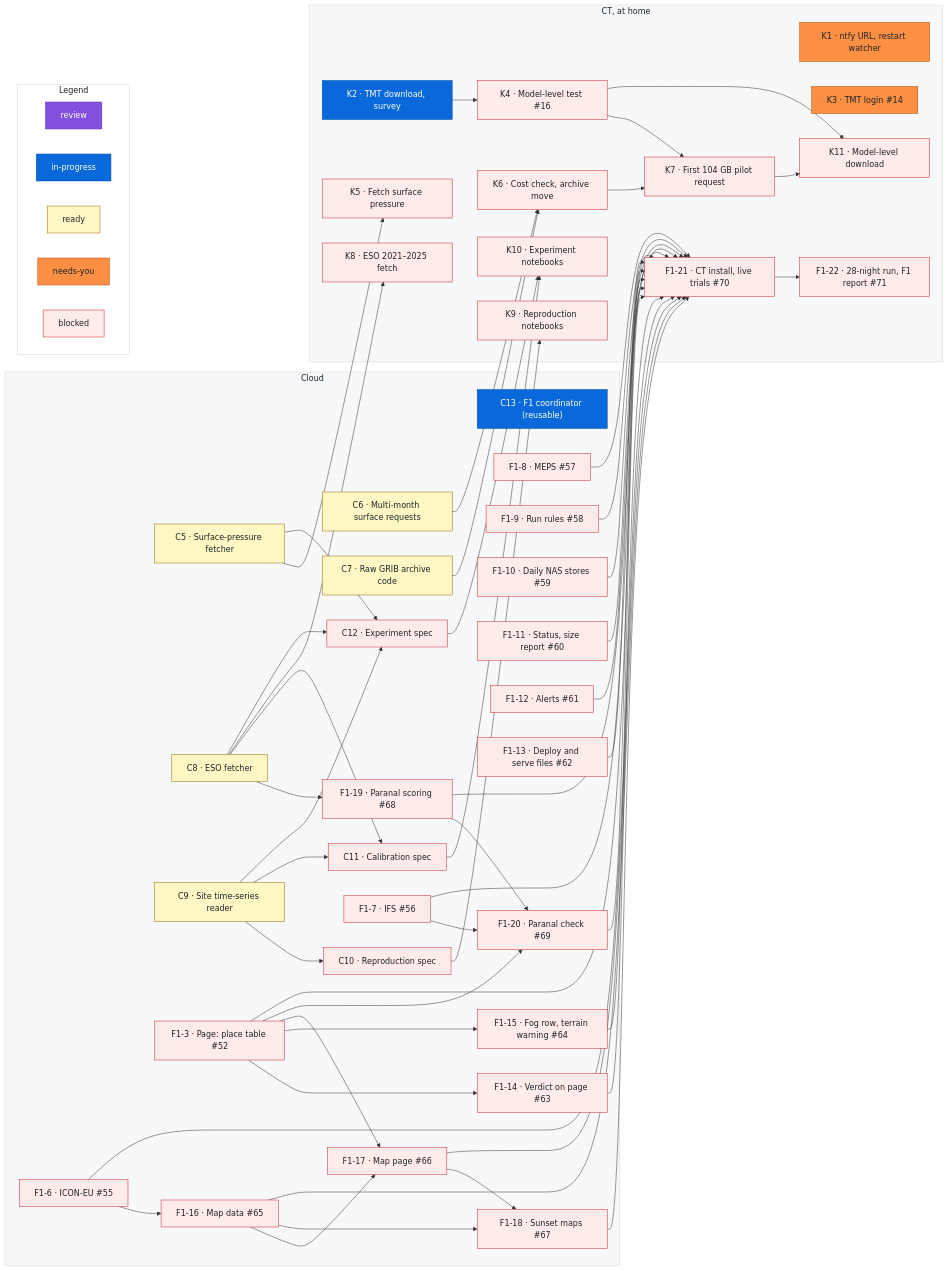
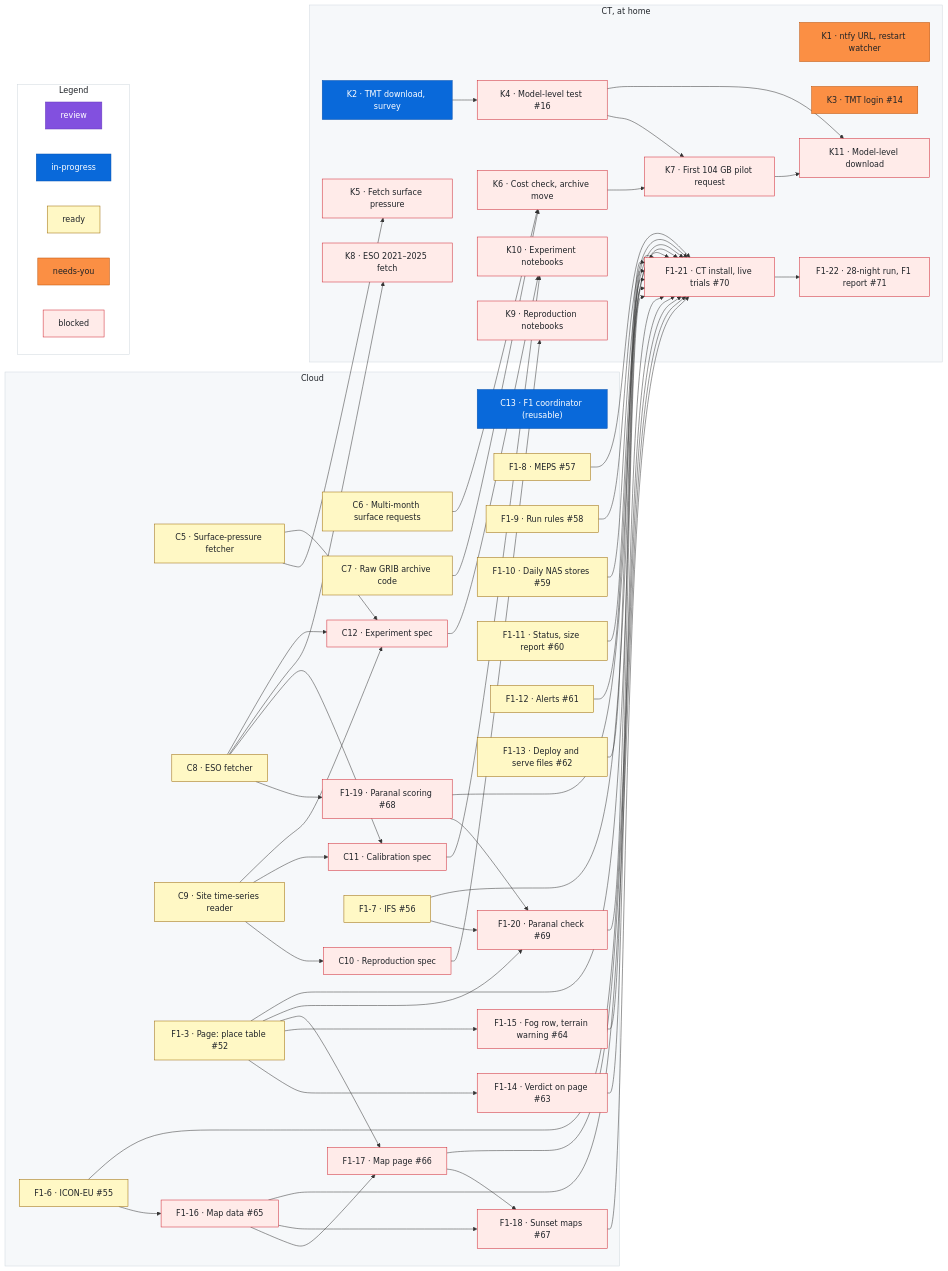
The diagram in docs/roadmap.md (rrweller/Astro-seeing), drawn with Mermaid before and after one commit. The commit also changed other lines of this file, not shown here.

Commit message:
roadmap: sweep (F1-3, F1-6, F1-7, F1-8, F1-9, F1-10, F1-11, F1-12, F1-13 ready)

```diff
--- a/docs/roadmap.md
+++ b/docs/roadmap.md
@@ -221,23 +221,23 @@
   %% ---
   class C13 inprogress
   %% ---
-  class F1_3 blocked
+  class F1_3 ready
   %% ---
-  class F1_6 blocked
+  class F1_6 ready
   %% ---
-  class F1_7 blocked
+  class F1_7 ready
   %% ---
-  class F1_8 blocked
+  class F1_8 ready
   %% ---
-  class F1_9 blocked
+  class F1_9 ready
   %% ---
-  class F1_10 blocked
+  class F1_10 ready
   %% ---
-  class F1_11 blocked
+  class F1_11 ready
   %% ---
-  class F1_12 blocked
+  class F1_12 ready
   %% ---
-  class F1_13 blocked
+  class F1_13 ready
   %% ---
   class F1_14 blocked
   %% ---
```
